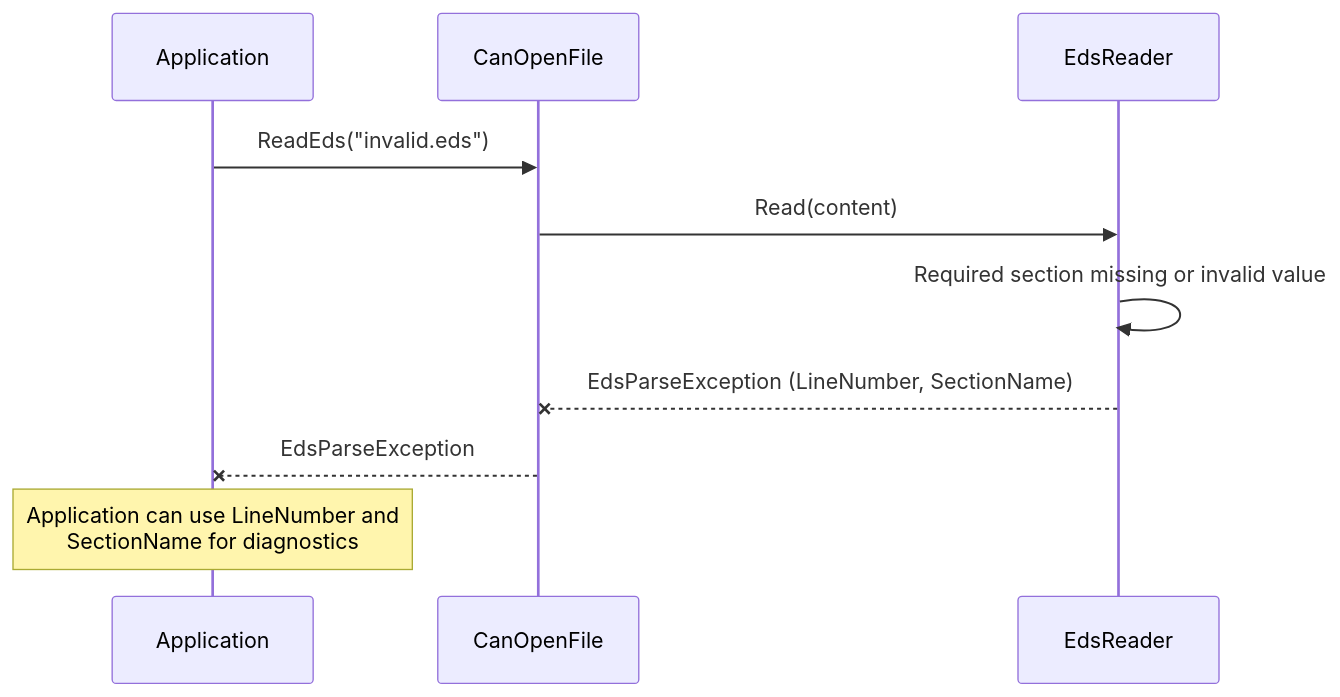
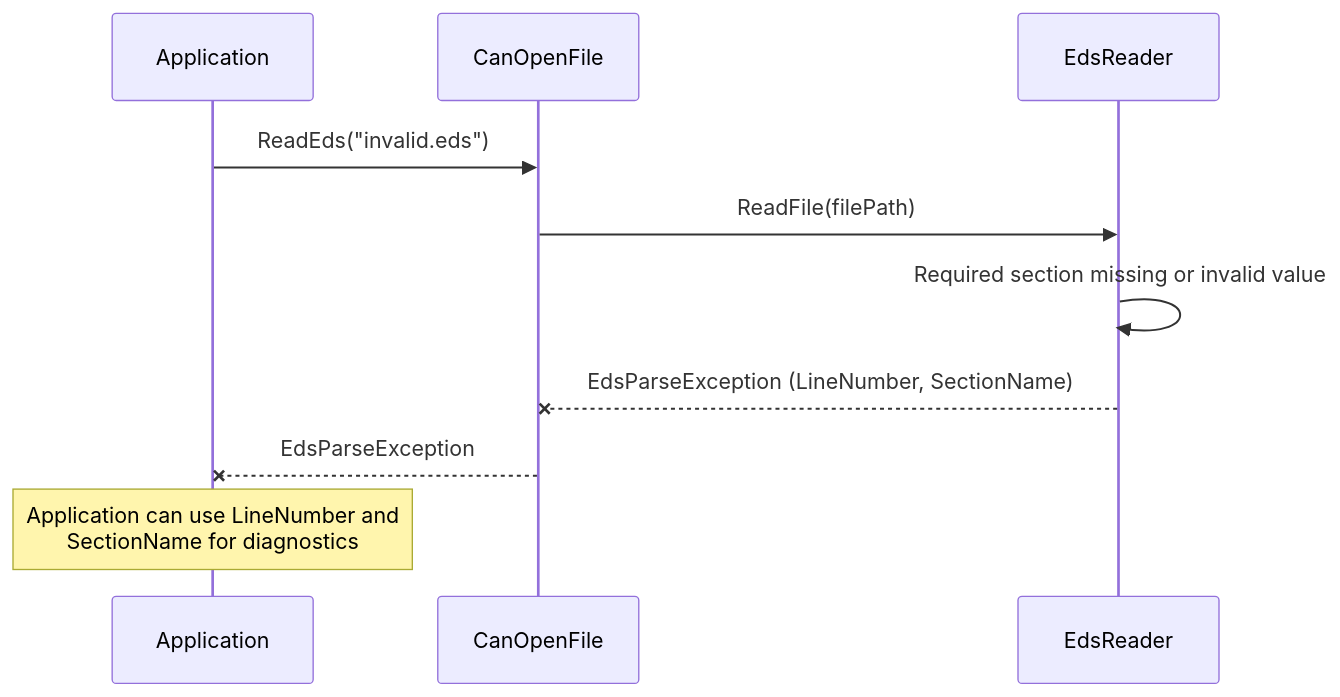
One commit to dborgards/eds-dcf-net changed the fifth of 5 diagrams in docs/architecture/06-runtime-view.md. Above: the diagram before and after it, drawn with Mermaid. The commit also changed other lines of this file and 3 other files, not shown here.

First line of the commit message:
docs: fix inaccuracies in architecture documentation

````diff
--- a/docs/architecture/06-runtime-view.md
+++ b/docs/architecture/06-runtime-view.md
@@ -112,15 +111,15 @@
 ```mermaid
 sequenceDiagram
     participant App as Application
     participant CF as CanOpenFile
     participant ER as EdsReader
 
     App->>CF: ReadEds("invalid.eds")
-    CF->>ER: Read(content)
+    CF->>ER: ReadFile(filePath)
     ER->>ER: Required section missing or invalid value
 
     ER--xCF: EdsParseException (LineNumber, SectionName)
     CF--xApp: EdsParseException
 
     Note over App: Application can use LineNumber and<br/>SectionName for diagnostics
 ```
````
